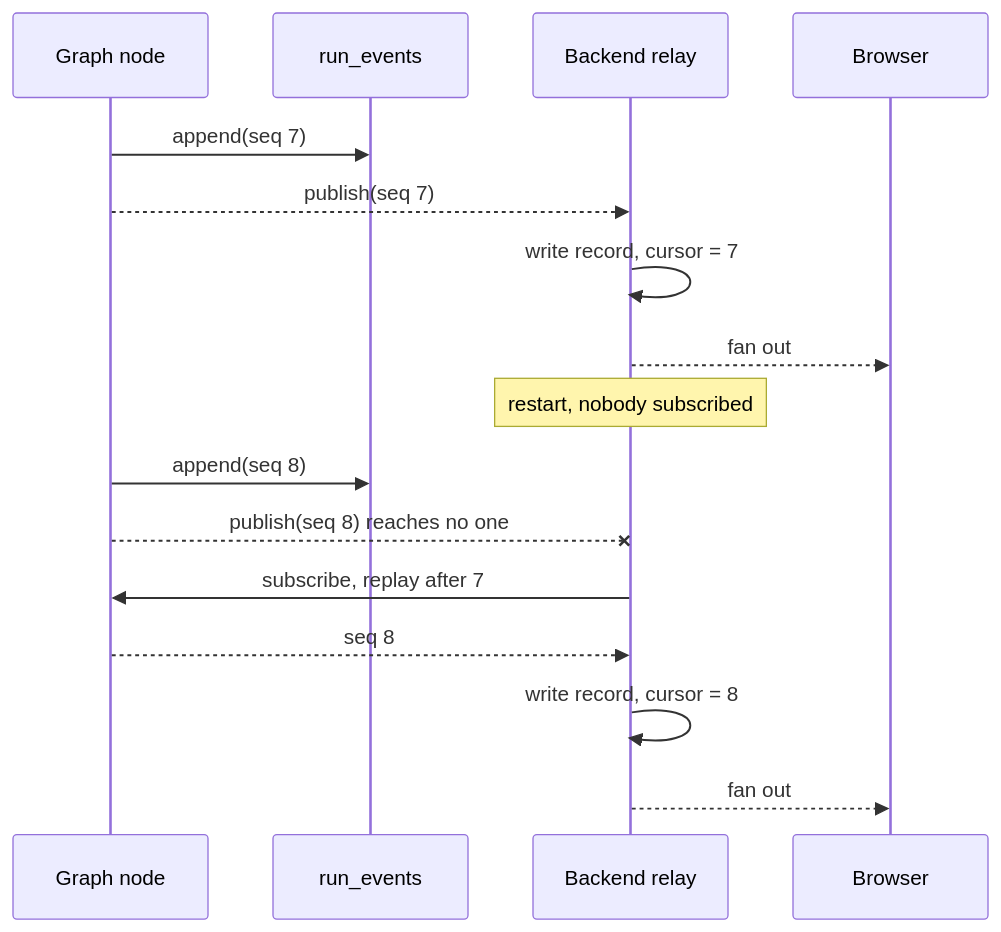
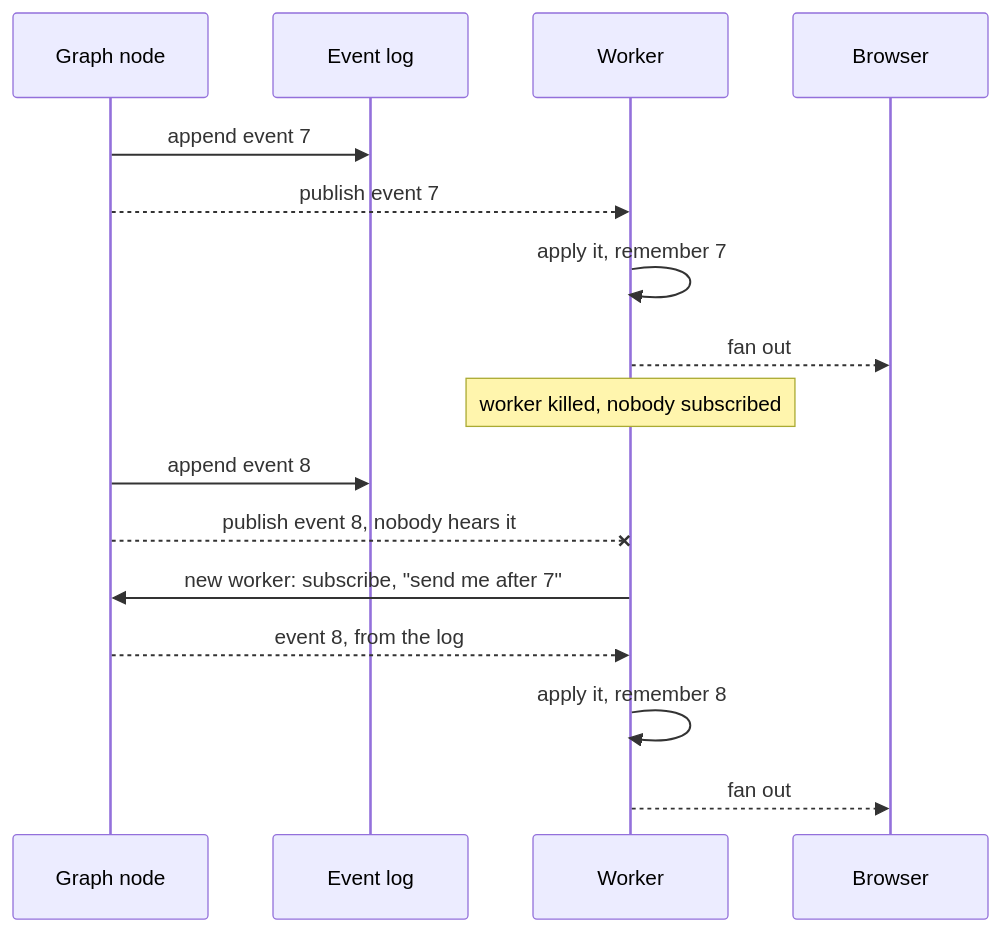
Before and after one commit to huynguyengl99/huynguyengl99.github.io: the second of 2 diagrams in src/content/posts/agent-graph-engineering/08-why-a-websocket.md, drawn with Mermaid. The commit also changed other lines of this file, not shown here.

Commit message:
Part 8: SSE first, what chanx and AsyncAPI do, and the reply nobody heard, told plainly

````diff
--- a/src/content/posts/agent-graph-engineering/08-why-a-websocket.md
+++ b/src/content/posts/agent-graph-engineering/08-why-a-websocket.md
@@ -132,19 +250,19 @@
 ```mermaid
 sequenceDiagram
     participant N as Graph node
-    participant E as run_events
-    participant B as Backend relay
+    participant E as Event log
+    participant W as Worker
     participant U as Browser
 
-    N->>E: append(seq 7)
-    N-->>B: publish(seq 7)
-    B->>B: write record, cursor = 7
-    B-->>U: fan out
-    Note over B: restart, nobody subscribed
-    N->>E: append(seq 8)
-    N--xB: publish(seq 8) reaches no one
-    B->>N: subscribe, replay after 7
-    N-->>B: seq 8
-    B->>B: write record, cursor = 8
-    B-->>U: fan out
+    N->>E: append event 7
+    N-->>W: publish event 7
+    W->>W: apply it, remember 7
+    W-->>U: fan out
+    Note over W: worker killed, nobody subscribed
+    N->>E: append event 8
+    N--xW: publish event 8, nobody hears it
+    W->>N: new worker: subscribe, "send me after 7"
+    N-->>W: event 8, from the log
+    W->>W: apply it, remember 8
+    W-->>U: fan out
 ```
````
